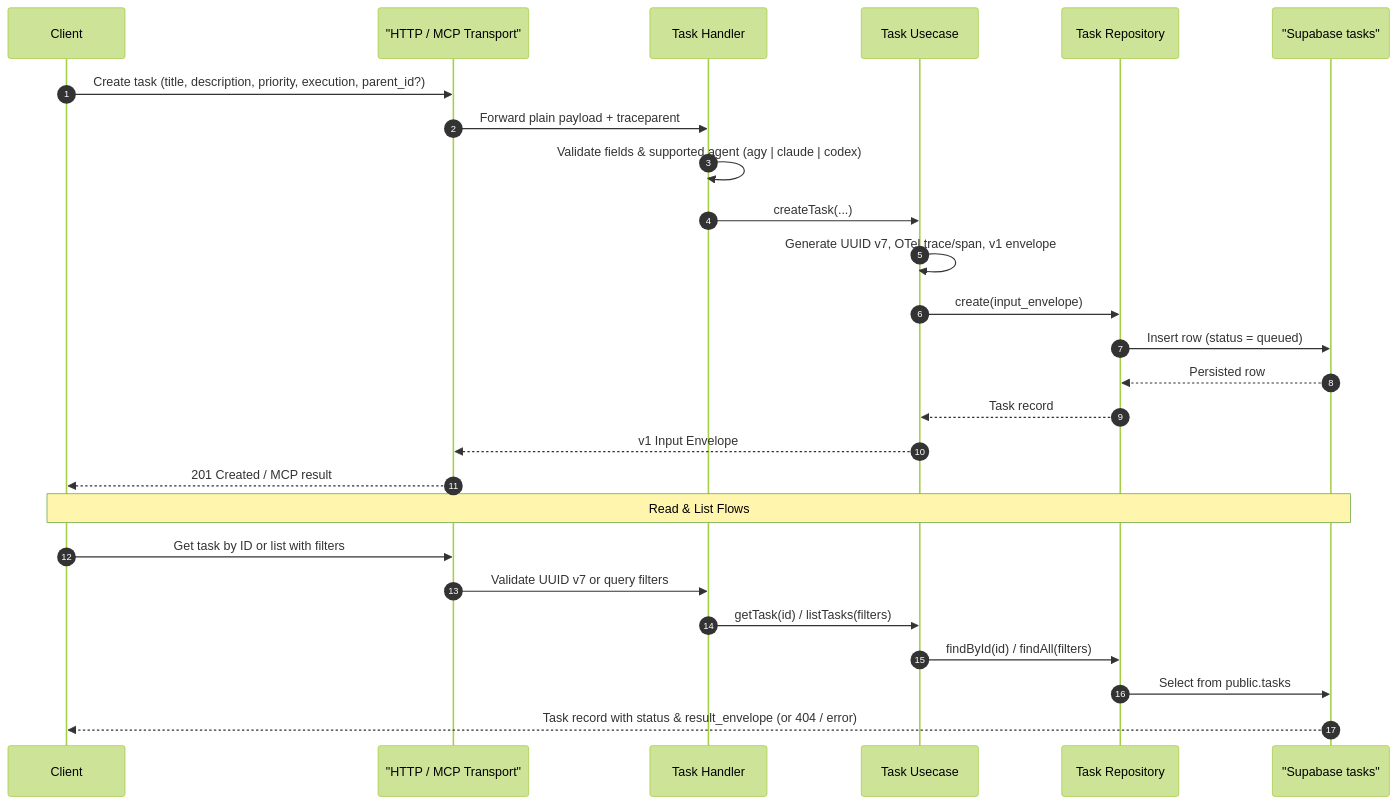
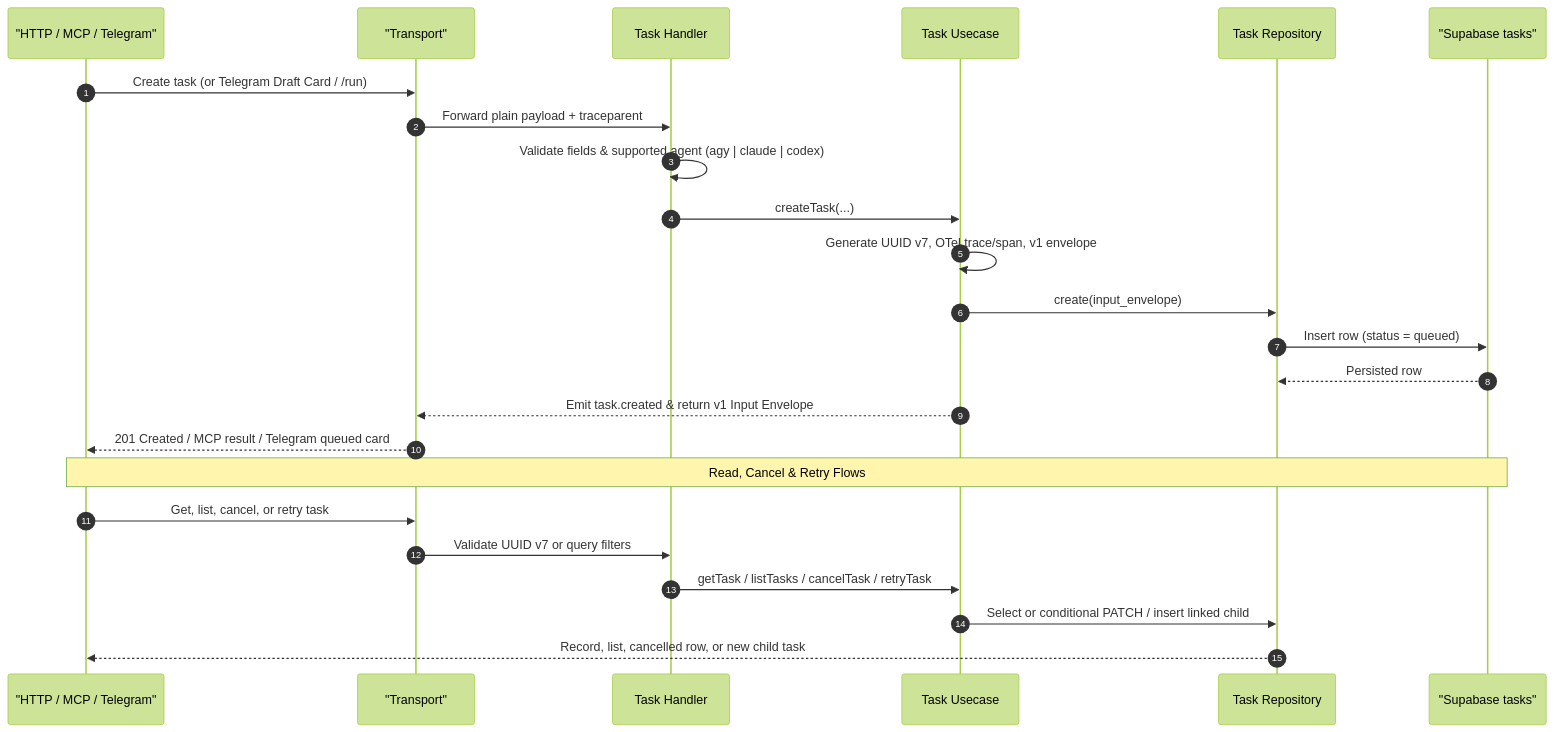
Before and after one commit to anlew2k2/task-aside: the diagram in docs/seq-task-intake.md, drawn with Mermaid (forest theme). The commit also changed other lines of this file and 21 other files, not shown here.

First line of the commit message:
feat: add cancellation and retry functionality for tasks

````diff
--- a/docs/seq-task-intake.md
+++ b/docs/seq-task-intake.md
@@ -7,30 +7,28 @@
 ```mermaid
 sequenceDiagram
   autonumber
-  participant C as Client
-  participant T as "HTTP / MCP Transport"
+  participant C as "HTTP / MCP / Telegram"
+  participant T as "Transport"
   participant H as Task Handler
   participant U as Task Usecase
   participant R as Task Repository
   participant DB as "Supabase tasks"
 
-  C->>T: Create task (title, description, priority, execution, parent_id?)
+  C->>T: Create task (or Telegram Draft Card / /run)
   T->>H: Forward plain payload + traceparent
   H->>H: Validate fields & supported agent (agy | claude | codex)
   H->>U: createTask(...)
   U->>U: Generate UUID v7, OTel trace/span, v1 envelope
   U->>R: create(input_envelope)
   R->>DB: Insert row (status = queued)
   DB-->>R: Persisted row
-  R-->>U: Task record
-  U-->>T: v1 Input Envelope
-  T-->>C: 201 Created / MCP result
+  U-->>T: Emit task.created & return v1 Input Envelope
+  T-->>C: 201 Created / MCP result / Telegram queued card
 
-  Note over C,DB: Read & List Flows
-  C->>T: Get task by ID or list with filters
+  Note over C,DB: Read, Cancel & Retry Flows
+  C->>T: Get, list, cancel, or retry task
   T->>H: Validate UUID v7 or query filters
-  H->>U: getTask(id) / listTasks(filters)
-  U->>R: findById(id) / findAll(filters)
-  R->>DB: Select from public.tasks
-  DB-->>C: Task record with status & result_envelope (or 404 / error)
+  H->>U: getTask / listTasks / cancelTask / retryTask
+  U->>R: Select or conditional PATCH / insert linked child
+  R-->>C: Record, list, cancelled row, or new child task
 ```
````
